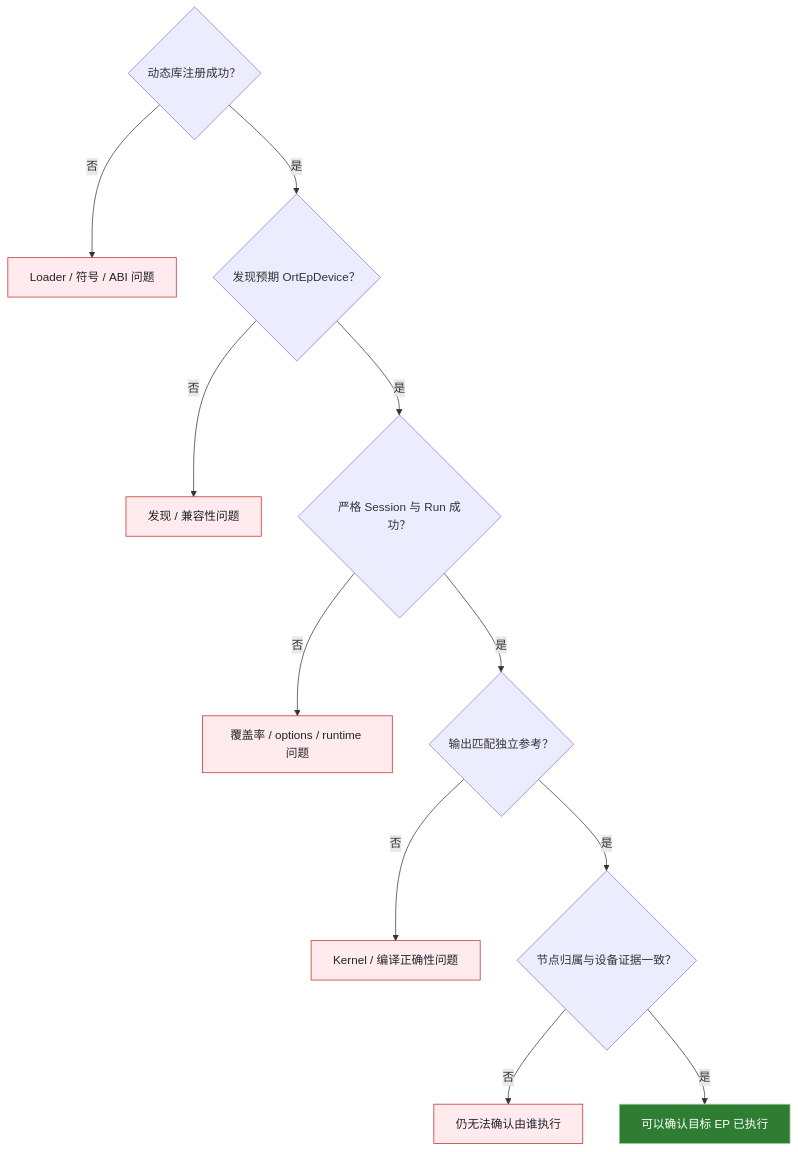
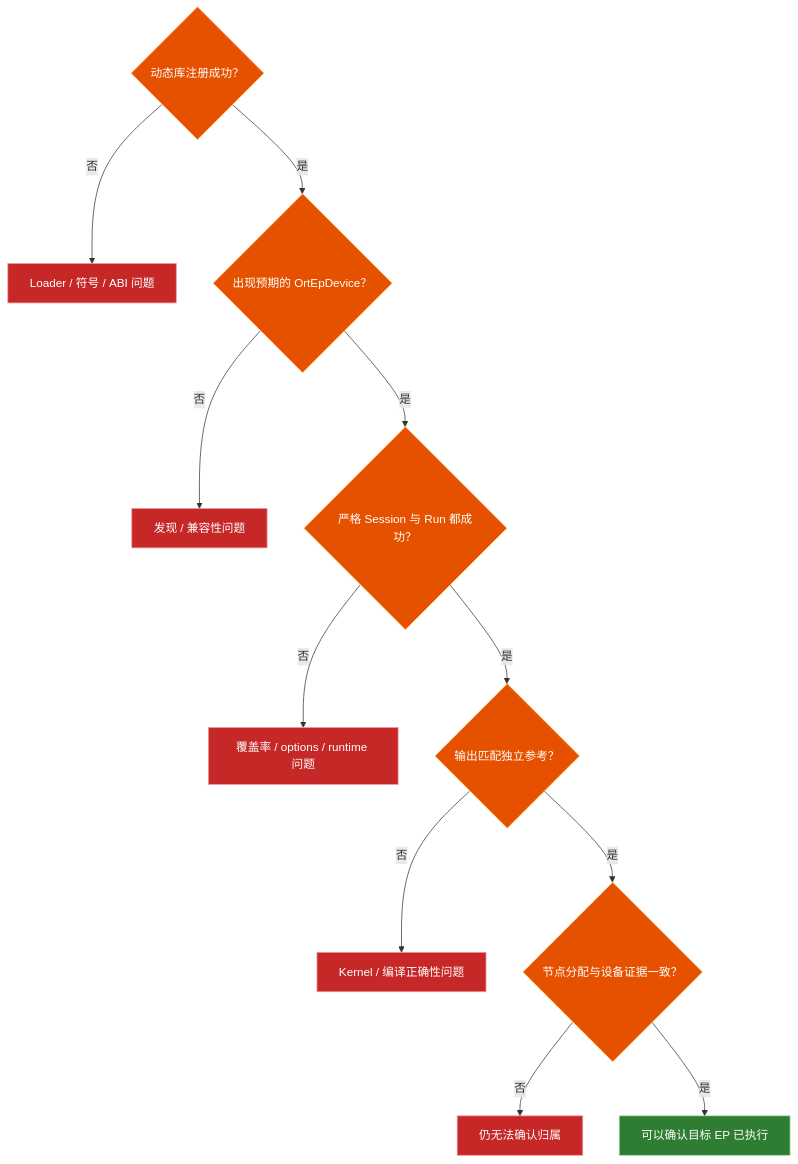
Before and after one commit to DakeQQ/Tutorial-ONNX-Runtime-Execution-Providers: diagram 12 of 13 in PluginEP/README.zh-CN.md, drawn with Mermaid. The commit also changed other lines of this file and 15 other files, not shown here.

````diff
--- a/PluginEP/README.zh-CN.md
+++ b/PluginEP/README.zh-CN.md
@@ -482,17 +481,20 @@
 ```mermaid
 flowchart TD
     A{"动态库注册成功？"} -->|否| A0["Loader / 符号 / ABI 问题"]
-    A -->|是| B{"发现预期 OrtEpDevice？"}
+    A -->|是| B{"出现预期的 OrtEpDevice？"}
     B -->|否| B0["发现 / 兼容性问题"]
-    B -->|是| C{"严格 Session 与 Run 成功？"}
+    B -->|是| C{"严格 Session 与 Run 都成功？"}
     C -->|否| C0["覆盖率 / options / runtime 问题"]
     C -->|是| D{"输出匹配独立参考？"}
     D -->|否| D0["Kernel / 编译正确性问题"]
-    D -->|是| E{"节点归属与设备证据一致？"}
-    E -->|否| E0["仍无法确认由谁执行"]
+    D -->|是| E{"节点分配与设备证据一致？"}
+    E -->|否| E0["仍无法确认归属"]
     E -->|是| PASS["可以确认目标 EP 已执行"]
 
-    style PASS fill:#2e7d32,stroke:#a5d6a7,color:#ffffff
-    classDef fail fill:#ffebee,stroke:#c62828,color:#20242b
-    class A0,B0,C0,D0,E0 fail
+    class A,B,C,D,E orange
+    class A0,B0,C0,D0,E0 red
+    class PASS green
+    classDef orange fill:#e65100,stroke:#ffcc80,color:#ffffff
+    classDef red fill:#c62828,stroke:#ef9a9a,color:#ffffff
+    classDef green fill:#2e7d32,stroke:#a5d6a7,color:#ffffff
 ```
````
